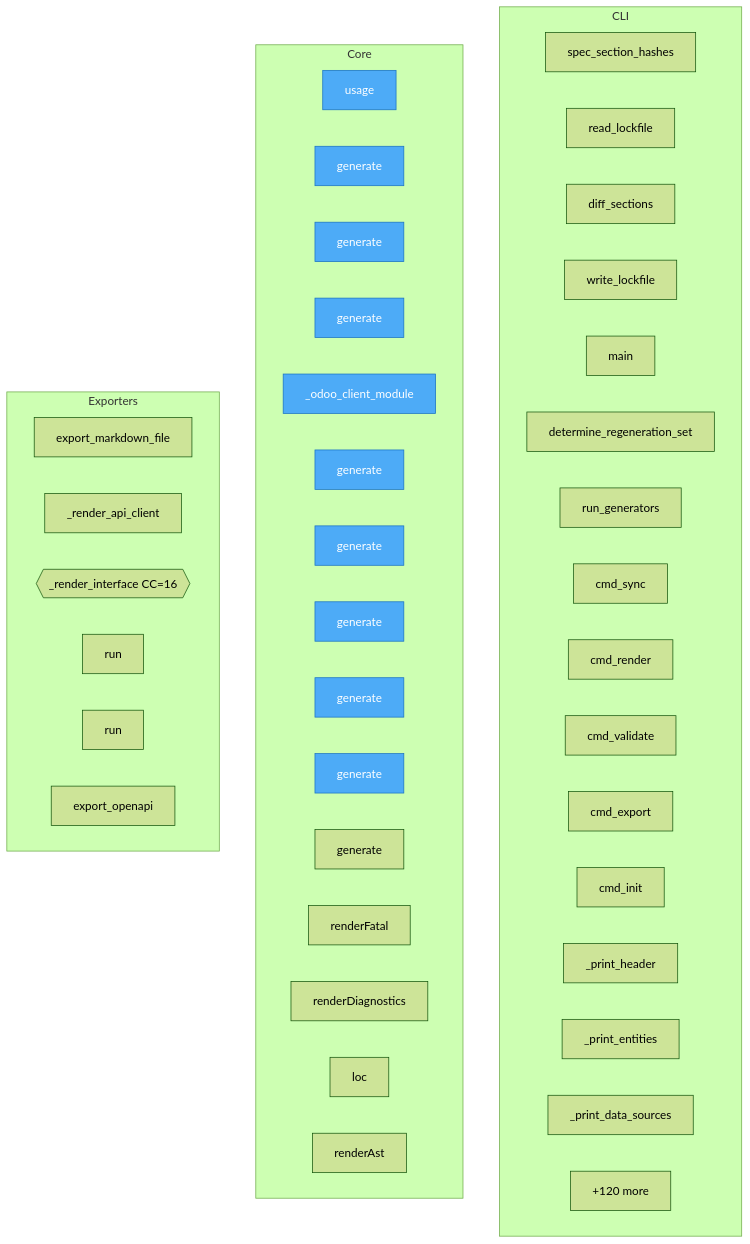
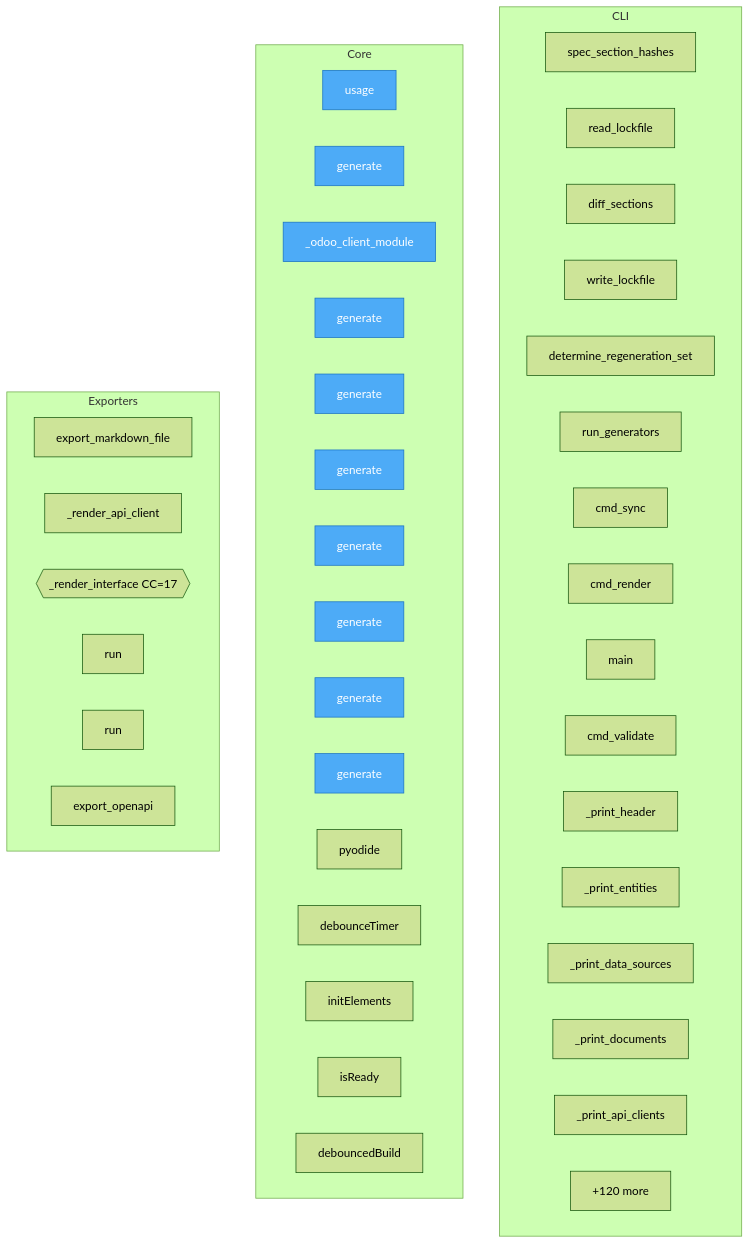
The diagram in project/flow.mmd (oqlos/doql), drawn with Mermaid (forest theme) before and after one commit. The commit also changed 56 other files, not shown here.

```diff
--- a/project/flow.mmd
+++ b/project/flow.mmd
@@ -1,53 +1,53 @@
 flowchart TD
 
     %% Entry points (blue)
     classDef entry fill:#4dabf7,stroke:#1971c2,color:#fff
 
     subgraph CLI
         doql__cli__lockfile__spec_section_hashes["spec_section_hashes"]
         doql__cli__lockfile__read_lockfile["read_lockfile"]
         doql__cli__lockfile__diff_sections["diff_sections"]
         doql__cli__lockfile__write_lockfile["write_lockfile"]
-        doql__cli__main__main["main"]
         doql__cli__sync__determine_regeneration_set["determine_regeneration_set"]
         doql__cli__sync__run_generators["run_generators"]
         doql__cli__sync__cmd_sync["cmd_sync"]
         doql__cli__commands__render__cmd_render["cmd_render"]
+        doql__cli__main__main["main"]
         doql__cli__commands__validate__cmd_validate["cmd_validate"]
-        doql__cli__commands__export__cmd_export["cmd_export"]
-        doql__cli__commands__init__cmd_init["cmd_init"]
         doql__cli__commands__plan___print_header["_print_header"]
         doql__cli__commands__plan___print_entities["_print_entities"]
         doql__cli__commands__plan___print_data_sources["_print_data_sources"]
+        doql__cli__commands__plan___print_documents["_print_documents"]
+        doql__cli__commands__plan___print_api_clients["_print_api_clients"]
         ...["+52 more"]
     end
 
     subgraph Core
         doql__usage["usage"]
-        plugins__doql_plugin_fleet__doql_plugin_fleet__generate["generate"]
         plugins__doql_plugin_gxp__doql_plugin_gxp__generate["generate"]
-        plugins__doql_plugin_iso17025__doql_plugin_iso17025__traceability__generate["generate"]
         plugins__doql_plugin_erp__doql_plugin_erp___odoo_client_module["_odoo_client_module"]
         plugins__doql_plugin_erp__doql_plugin_erp__generate["generate"]
+        plugins__doql_plugin_iso17025__doql_plugin_iso17025__traceability__generate["generate"]
         plugins__doql_plugin_iso17025__doql_plugin_iso17025__generate["generate"]
+        plugins__doql_plugin_iso17025__doql_plugin_iso17025__certificate__generate["generate"]
         plugins__doql_plugin_iso17025__doql_plugin_iso17025__migration__generate["generate"]
-        plugins__doql_plugin_iso17025__doql_plugin_iso17025__certificate__generate["generate"]
         plugins__doql_plugin_iso17025__doql_plugin_iso17025__uncertainty__generate["generate"]
         plugins__doql_plugin_iso17025__doql_plugin_iso17025__drift_monitor__generate["generate"]
-        playground__renderers__renderFatal["renderFatal"]
-        playground__renderers__renderDiagnostics["renderDiagnostics"]
-        playground__renderers__loc["loc"]
-        playground__renderers__renderAst["renderAst"]
+        playground__pyodide_bridge__pyodide["pyodide"]
+        playground__pyodide_bridge__debounceTimer["debounceTimer"]
+        playground__pyodide_bridge__initElements["initElements"]
+        playground__pyodide_bridge__isReady["isReady"]
+        playground__pyodide_bridge__debouncedBuild["debouncedBuild"]
         ...["+120 more"]
     end
 
     subgraph Exporters
         doql__exporters__markdown__export_markdown_file["export_markdown_file"]
         doql__exporters__css__renderers___render_api_client["_render_api_client"]
-        doql__exporters__css__renderers___render_interface{{_render_interface CC=16}}
+        doql__exporters__css__renderers___render_interface{{_render_interface CC=17}}
         doql__generators__export_postman__run["run"]
         doql__generators__export_ts_sdk__run["run"]
         doql__generators__api_gen__export_openapi["export_openapi"]
     end
 
-    class doql__usage,plugins__doql_plugin_fleet__doql_plugin_fleet__generate,plugins__doql_plugin_gxp__doql_plugin_gxp__generate,plugins__doql_plugin_iso17025__doql_plugin_iso17025__traceability__generate,plugins__doql_plugin_erp__doql_plugin_erp___odoo_client_module,plugins__doql_plugin_erp__doql_plugin_erp__generate,plugins__doql_plugin_iso17025__doql_plugin_iso17025__generate,plugins__doql_plugin_iso17025__doql_plugin_iso17025__migration__generate,plugins__doql_plugin_iso17025__doql_plugin_iso17025__certificate__generate,plugins__doql_plugin_iso17025__doql_plugin_iso17025__uncertainty__generate entry
+    class doql__usage,plugins__doql_plugin_gxp__doql_plugin_gxp__generate,plugins__doql_plugin_erp__doql_plugin_erp___odoo_client_module,plugins__doql_plugin_erp__doql_plugin_erp__generate,plugins__doql_plugin_iso17025__doql_plugin_iso17025__traceability__generate,plugins__doql_plugin_iso17025__doql_plugin_iso17025__generate,plugins__doql_plugin_iso17025__doql_plugin_iso17025__certificate__generate,plugins__doql_plugin_iso17025__doql_plugin_iso17025__migration__generate,plugins__doql_plugin_iso17025__doql_plugin_iso17025__uncertainty__generate,plugins__doql_plugin_iso17025__doql_plugin_iso17025__drift_monitor__generate entry
```
